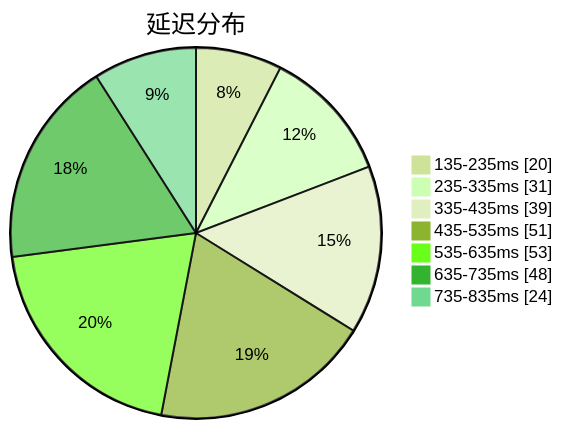
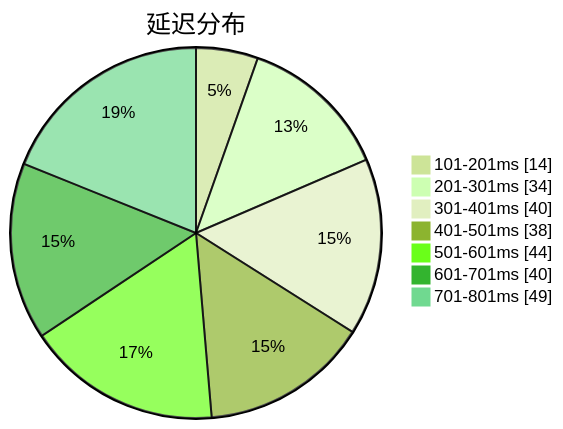
Before and after one commit to sinspired/airport: the first of 3 diagrams in subs/statistics/tested_within.md, drawn with Mermaid (forest theme). The commit also changed other lines of this file and 2 other files, not shown here.

````diff
--- a/subs/statistics/tested_within.md
+++ b/subs/statistics/tested_within.md
@@ -2,11 +2,11 @@
 ```mermaid
 pie showData
 title 延迟分布
-"135-235ms" : 20
-"235-335ms" : 31
-"335-435ms" : 39
-"435-535ms" : 51
-"535-635ms" : 53
-"635-735ms" : 48
-"735-835ms" : 24
+"101-201ms" : 14
+"201-301ms" : 34
+"301-401ms" : 40
+"401-501ms" : 38
+"501-601ms" : 44
+"601-701ms" : 40
+"701-801ms" : 49
 ```
````
